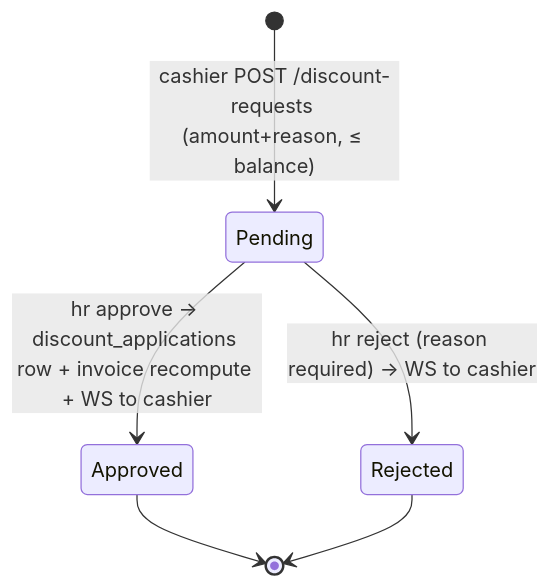
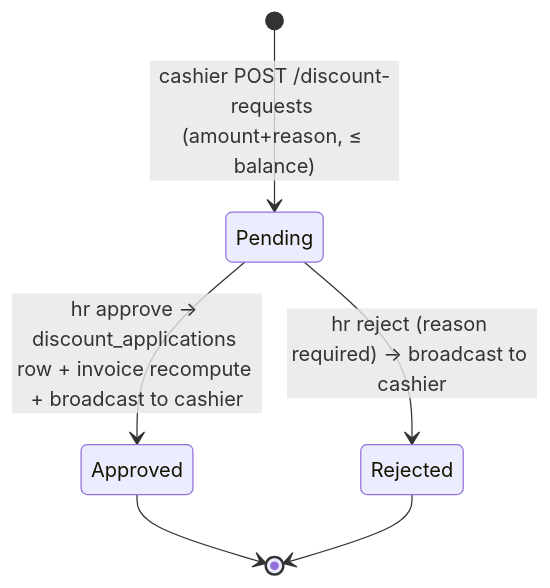
Before and after one commit to Zikobyte/zikobyteHMRsystem: the eighth of 10 diagrams in docs/SYSTEM_DESIGN_GUIDE.md, drawn with Mermaid. The commit also changed other lines of this file, not shown here.

````diff
--- a/docs/SYSTEM_DESIGN_GUIDE.md
+++ b/docs/SYSTEM_DESIGN_GUIDE.md
@@ -336,8 +381,8 @@
 ```mermaid
 stateDiagram-v2
   [*] --> Pending: cashier POST /discount-requests (amount+reason, ≤ balance)
-  Pending --> Approved: hr approve → discount_applications row + invoice recompute + WS to cashier
-  Pending --> Rejected: hr reject (reason required) → WS to cashier
+  Pending --> Approved: hr approve → discount_applications row + invoice recompute + broadcast to cashier
+  Pending --> Rejected: hr reject (reason required) → broadcast to cashier
   Approved --> [*]
   Rejected --> [*]
 ```
````
